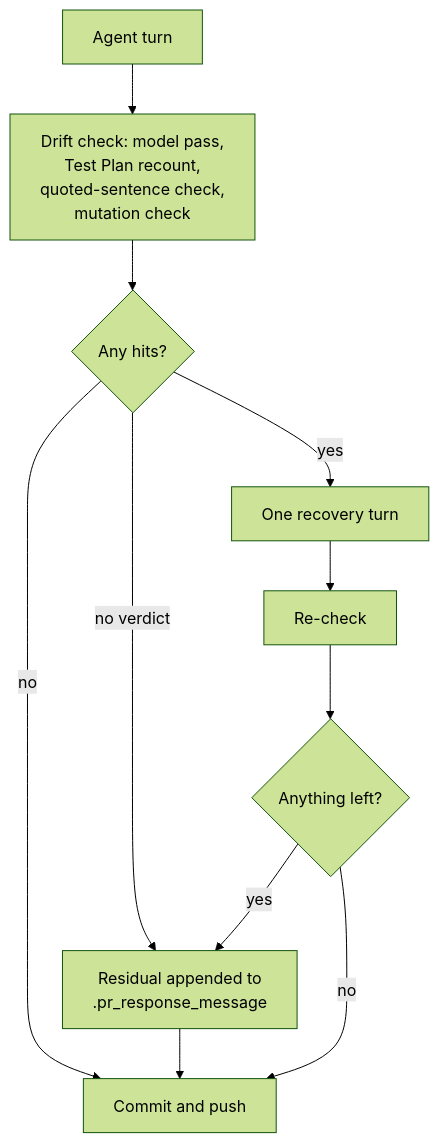
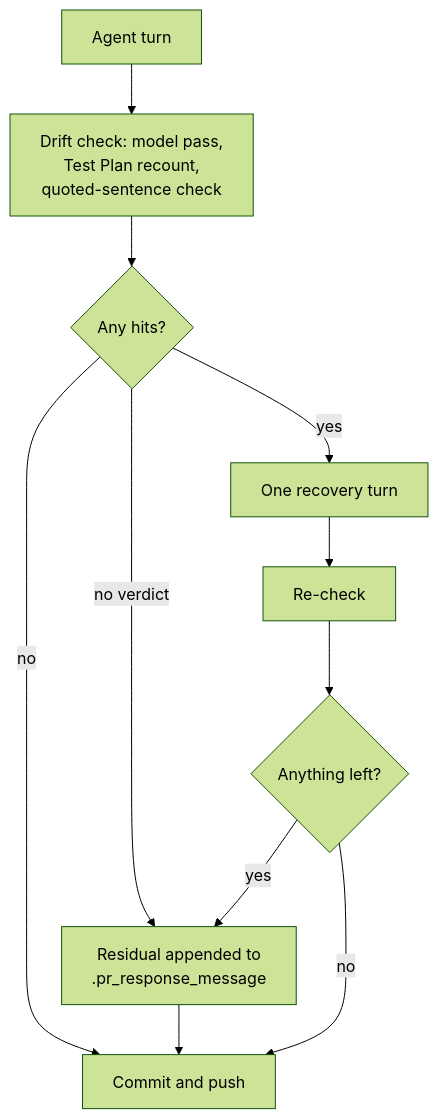
One commit to stSoftwareAU/VibeCoder changed the fifth of 11 diagrams in docs/workflows/pr-feedback.md. Above: the diagram before and after it, drawn with Mermaid (forest theme). The commit also changed other lines of this file and 94 other files, not shown here.

````diff
--- a/docs/workflows/pr-feedback.md
+++ b/docs/workflows/pr-feedback.md
@@ -681,13 +654,13 @@
 ```mermaid
 flowchart TD
-    A["Agent turn"] --> D["Drift check: model pass,<br/>Test Plan recount,<br/>quoted-sentence check,<br/>mutation check"]
+    A["Agent turn"] --> D["Drift check: model pass,<br/>Test Plan recount,<br/>quoted-sentence check"]
     D --> H{"Any hits?"}
     H -- no --> P["Commit and push"]
     H -- "no verdict" --> N["Residual appended to<br/>.pr_response_message"]
     H -- yes --> R["One recovery turn"]
     R --> C["Re-check"]
     C --> L{"Anything left?"}
     L -- yes --> N
     L -- no --> P
     N --> P
 ```
````
